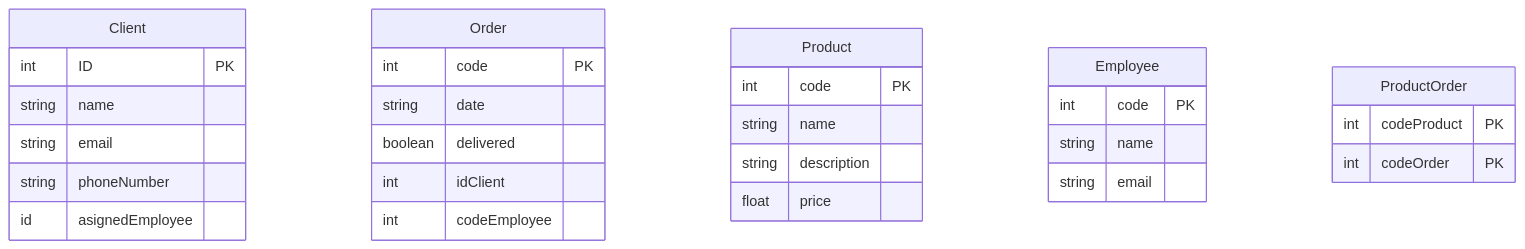
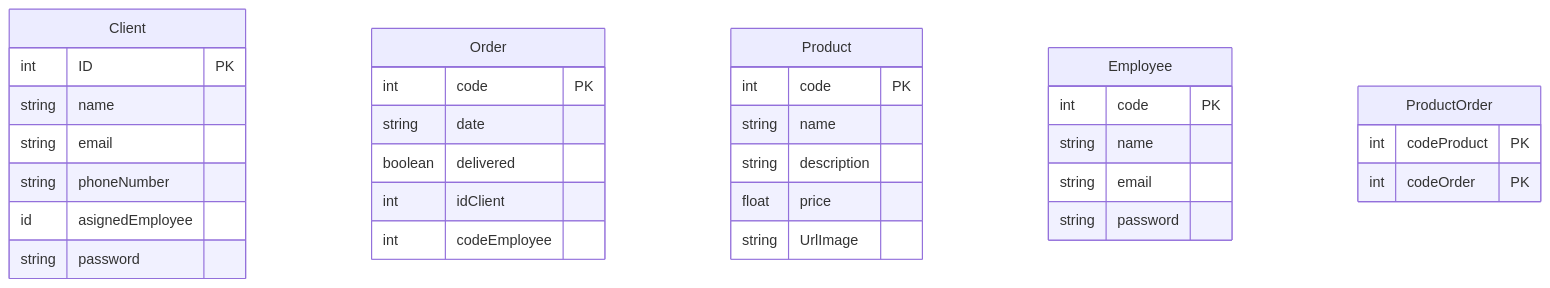
The diagram in doc/Database.md (alfonsoperezs/TeckEume), drawn with Mermaid before and after one commit. The commit also changed 1 other file, not shown here.

Commit message:
[DOC] Updated database's design

````diff
--- a/doc/Database.md
+++ b/doc/Database.md
@@ -7,32 +7,35 @@
 ```mermaid
 erDiagram
   Client {
     int ID PK
     string name
     string email
     string phoneNumber
     id asignedEmployee
+    string password
   }
   Order {
     int code PK
     string date
     boolean delivered
     int idClient
     int codeEmployee
   }
   Product {
     int code PK
     string name
     string description
     float price
+    string UrlImage
   }
   Employee {
     int code PK
     string name
     string email
+    string password
   }
   ProductOrder {
     int codeProduct PK
     int codeOrder PK
   }
 ```
````
